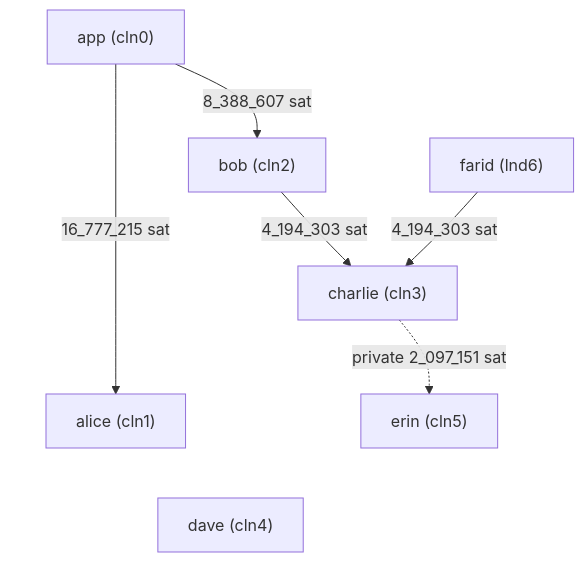
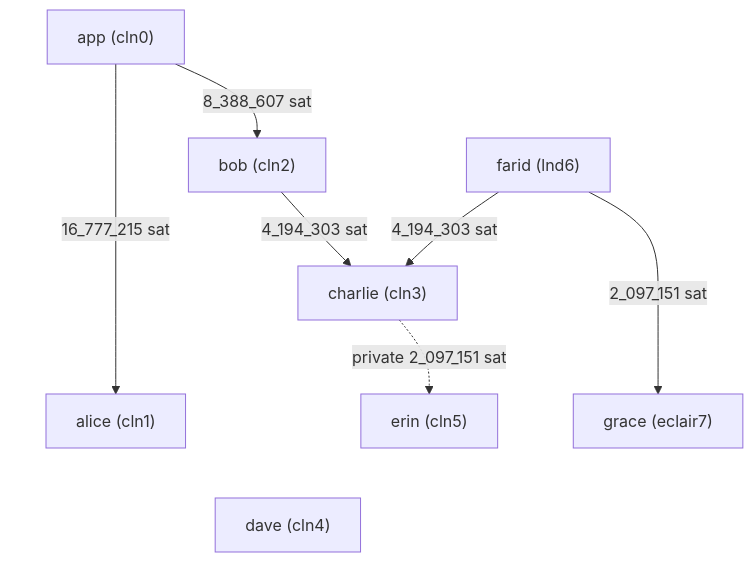
One commit to theborakompanioni/lightning-regtest-setup-devel changed the diagram in readme.md. Above: the diagram before and after it, drawn with Mermaid. The commit also changed 2 other files, not shown here.

Commit message:
chore: add channel lnd6<->eclair7

````diff
--- a/readme.md
+++ b/readme.md
@@ -70,21 +70,24 @@
 ```mermaid
 flowchart TB
    app["app (cln0)"]
    alice["alice (cln1)"]
    bob["bob (cln2)"]
    charlie["charlie (cln3)"]
    dave["dave (cln4)"]
    erin["erin (cln5)"]
    farid["farid (lnd6)"]
+   grace["grace (eclair7)"]
    app -->|16_777_215 sat| alice
    app -->|8_388_607 sat| bob
    bob -->|4_194_303 sat| charlie
    farid -->|4_194_303 sat| charlie
+   farid -->|2_097_151 sat| grace
    charlie -. private 2_097_151 sat .-> erin
    app ~~~ dave
    alice ~~~ dave
    bob ~~~ dave
    charlie ~~~ dave
    erin ~~~ dave
    farid ~~~ dave
+   grace ~~~ dave
 ```
````
